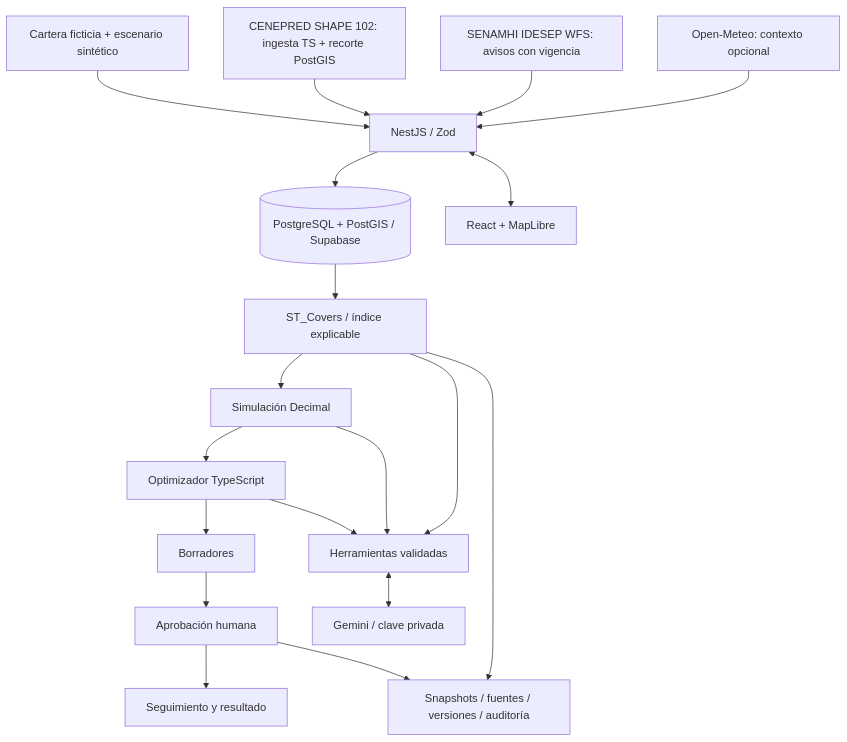
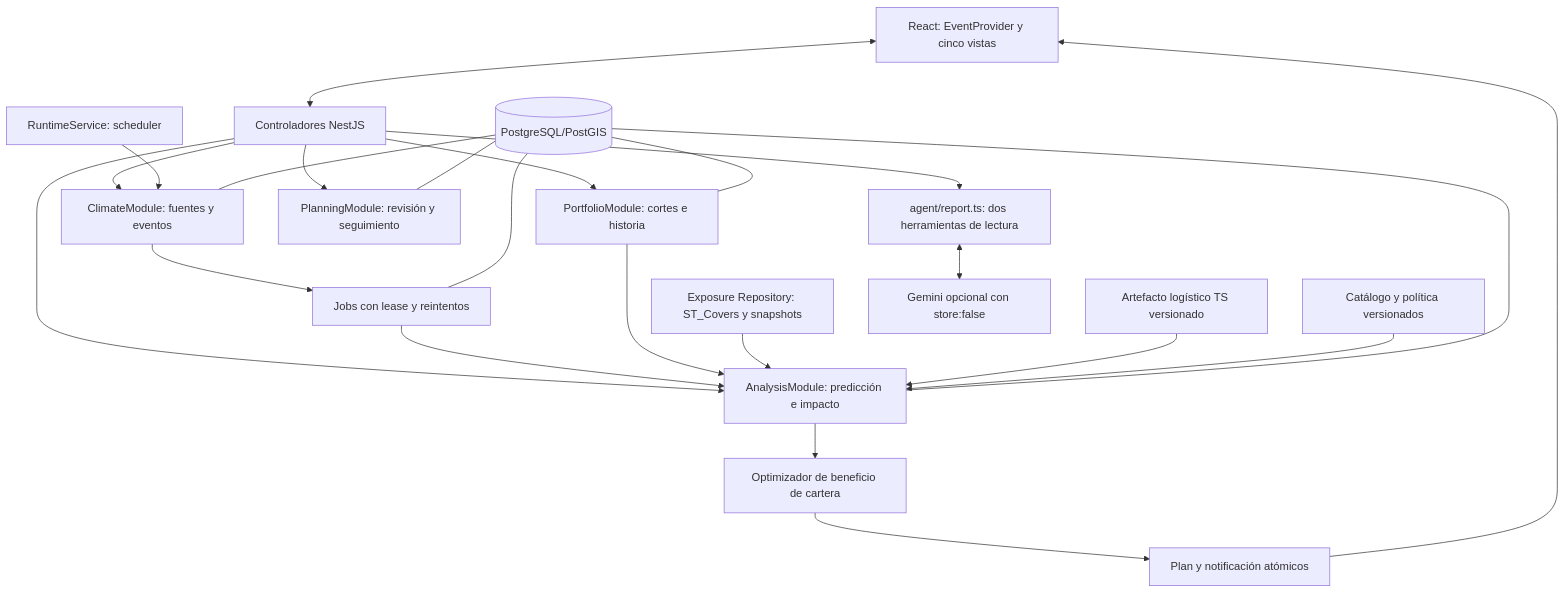
The first of 2 diagrams in docs/architecture.md (jharopr/cajathon-mvp), drawn with Mermaid before and after one commit. The commit also changed other lines of this file and 75 other files, not shown here.

````diff
--- a/docs/architecture.md
+++ b/docs/architecture.md
@@ -5,21 +7,25 @@
 ```mermaid
-flowchart TD
-  SYN[Cartera ficticia + escenario sintético] --> API[NestJS / Zod]
-  CEN[CENEPRED SHAPE 102: ingesta TS + recorte PostGIS] --> API
-  SEN[SENAMHI IDESEP WFS: avisos con vigencia] --> API
-  OM[Open-Meteo: contexto opcional] --> API
-  API --> DB[(PostgreSQL + PostGIS / Supabase)]
-  DB --> GEO[ST_Covers / índice explicable]
-  GEO --> FIN[Simulación Decimal]
-  FIN --> OPT[Optimizador TypeScript]
-  OPT --> DRAFT[Borradores]
-  DRAFT --> HUMAN[Aprobación humana]
-  HUMAN --> FOLLOW[Seguimiento y resultado]
-  GEO --> TOOLS[Herramientas validadas]
-  FIN --> TOOLS
-  OPT --> TOOLS
-  TOOLS <--> GEMINI[Gemini / clave privada]
-  API <--> WEB[React + MapLibre]
-  GEO --> AUDIT[Snapshots / fuentes / versiones / auditoría]
-  HUMAN --> AUDIT
+flowchart TB
+  WEB[React: EventProvider y cinco vistas] <--> HTTP[Controladores NestJS]
+  HTTP --> PORT[PortfolioModule: cortes e historia]
+  HTTP --> CLIM[ClimateModule: fuentes y eventos]
+  HTTP --> ANALYSIS[AnalysisModule: predicción e impacto]
+  HTTP --> PLAN[PlanningModule: revisión y seguimiento]
+  TIMER[RuntimeService: scheduler] --> CLIM
+  CLIM --> JOBS[Jobs con lease y reintentos]
+  JOBS --> ANALYSIS
+  PORT --> ANALYSIS
+  EXP[Exposure Repository: ST_Covers y snapshots] --> ANALYSIS
+  MODEL[Artefacto logístico TS versionado] --> ANALYSIS
+  POLICY[Catálogo y política versionados] --> ANALYSIS
+  ANALYSIS --> OPT[Optimizador de beneficio de cartera]
+  OPT --> ATOMIC[Plan y notificación atómicos]
+  ATOMIC --> WEB
+  HTTP --> REPORT[agent/report.ts: dos herramientas de lectura]
+  REPORT <--> GEMINI[Gemini opcional con store:false]
+  DB[(PostgreSQL/PostGIS)] --- PORT
+  DB --- CLIM
+  DB --- ANALYSIS
+  DB --- PLAN
+  DB --- JOBS
 ```
````
